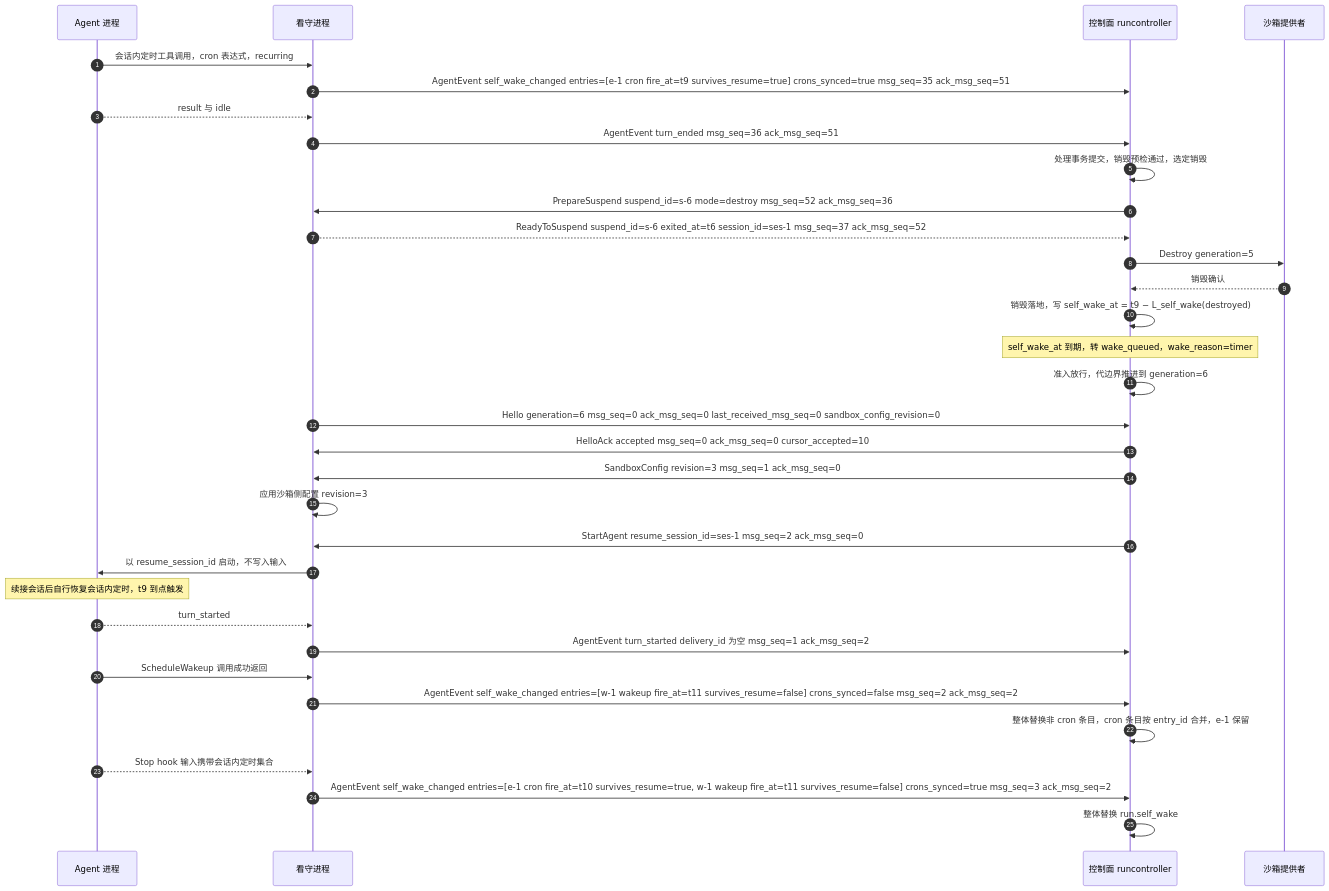
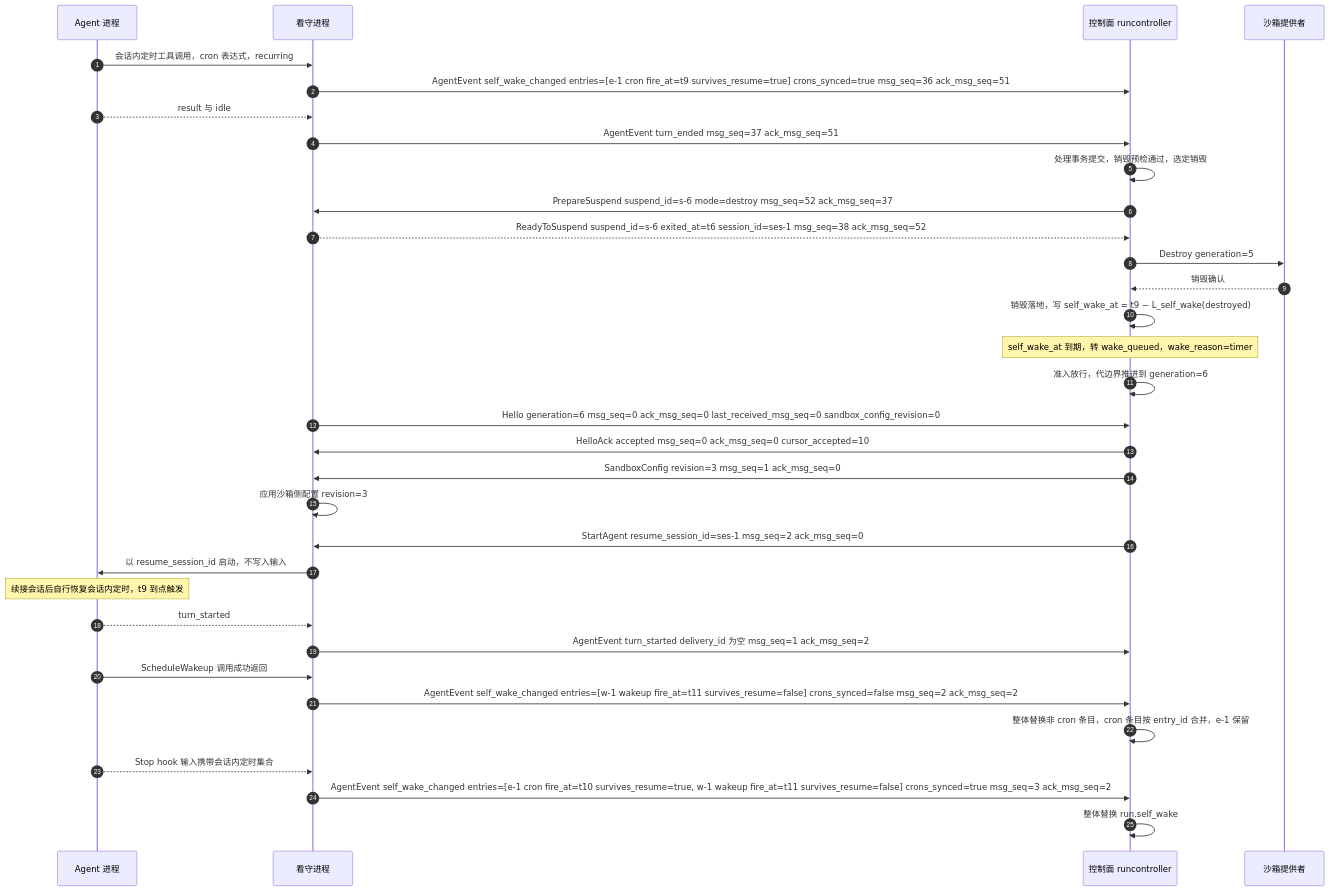
The eighth of 8 diagrams in docs/design/modules/design-agentprotocol.md (wangzw/castworks), drawn with Mermaid before and after one commit. The commit also changed other lines of this file and 16 other files, not shown here.

````diff
--- a/docs/design/modules/design-agentprotocol.md
+++ b/docs/design/modules/design-agentprotocol.md
@@ -547,35 +553,35 @@
 ```mermaid
 sequenceDiagram
     autonumber
     participant A as Agent 进程
     participant W as 看守进程
     participant R as 控制面 runcontroller
     participant P as 沙箱提供者
     A->>W: 会话内定时工具调用，cron 表达式，recurring
-    W->>R: AgentEvent self_wake_changed entries=[e-1 cron fire_at=t9 survives_resume=true] crons_synced=true msg_seq=35 ack_msg_seq=51
+    W->>R: AgentEvent self_wake_changed entries=[e-1 cron fire_at=t9 survives_resume=true] crons_synced=true msg_seq=36 ack_msg_seq=51
     A-->>W: result 与 idle
-    W->>R: AgentEvent turn_ended msg_seq=36 ack_msg_seq=51
+    W->>R: AgentEvent turn_ended msg_seq=37 ack_msg_seq=51
     R->>R: 处理事务提交，销毁预检通过，选定销毁
-    R->>W: PrepareSuspend suspend_id=s-6 mode=destroy msg_seq=52 ack_msg_seq=36
-    W-->>R: ReadyToSuspend suspend_id=s-6 exited_at=t6 session_id=ses-1 msg_seq=37 ack_msg_seq=52
+    R->>W: PrepareSuspend suspend_id=s-6 mode=destroy msg_seq=52 ack_msg_seq=37
+    W-->>R: ReadyToSuspend suspend_id=s-6 exited_at=t6 session_id=ses-1 msg_seq=38 ack_msg_seq=52
     R->>P: Destroy generation=5
     P-->>R: 销毁确认
     R->>R: 销毁落地，写 self_wake_at = t9 − L_self_wake(destroyed)
     Note over R: self_wake_at 到期，转 wake_queued，wake_reason=timer
     R->>R: 准入放行，代边界推进到 generation=6
     W->>R: Hello generation=6 msg_seq=0 ack_msg_seq=0 last_received_msg_seq=0 sandbox_config_revision=0
     R->>W: HelloAck accepted msg_seq=0 ack_msg_seq=0 cursor_accepted=10
     R->>W: SandboxConfig revision=3 msg_seq=1 ack_msg_seq=0
     W->>W: 应用沙箱侧配置 revision=3
     R->>W: StartAgent resume_session_id=ses-1 msg_seq=2 ack_msg_seq=0
     W->>A: 以 resume_session_id 启动，不写入输入
     Note over A: 续接会话后自行恢复会话内定时，t9 到点触发
     A-->>W: turn_started
     W->>R: AgentEvent turn_started delivery_id 为空 msg_seq=1 ack_msg_seq=2
     A->>W: ScheduleWakeup 调用成功返回
     W->>R: AgentEvent self_wake_changed entries=[w-1 wakeup fire_at=t11 survives_resume=false] crons_synced=false msg_seq=2 ack_msg_seq=2
     R->>R: 整体替换非 cron 条目，cron 条目按 entry_id 合并，e-1 保留
     A-->>W: Stop hook 输入携带会话内定时集合
     W->>R: AgentEvent self_wake_changed entries=[e-1 cron fire_at=t10 survives_resume=true, w-1 wakeup fire_at=t11 survives_resume=false] crons_synced=true msg_seq=3 ack_msg_seq=2
     R->>R: 整体替换 run.self_wake
 ```
````
